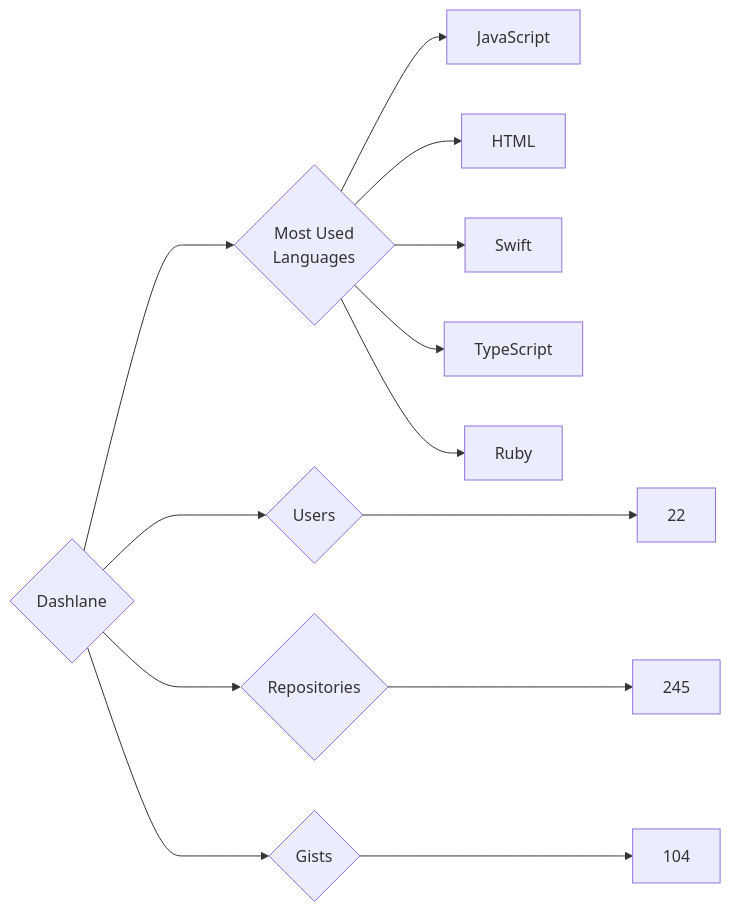
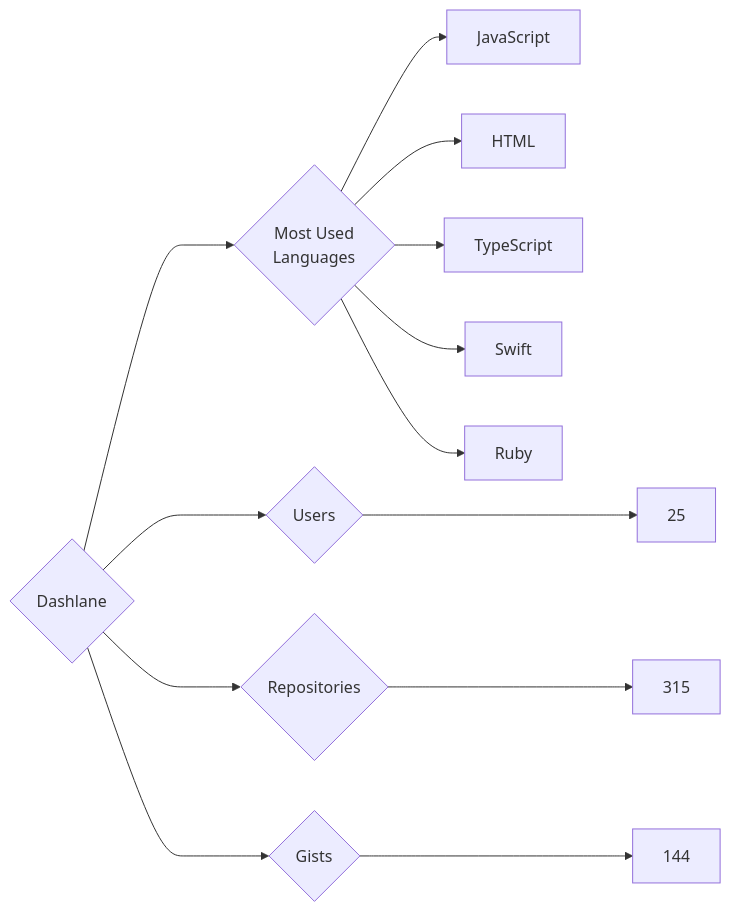
One commit to trickest/insiders changed the diagram in targets/Dashlane/README.md. Above: the diagram before and after it, drawn with Mermaid. The commit also changed 888 other files, not shown here.

````diff
--- a/targets/Dashlane/README.md
+++ b/targets/Dashlane/README.md
@@ -3,13 +3,13 @@
 ```mermaid
 graph LR
 COMPANY_NAME{Dashlane}
-COMPANY_NAME ---> U{Users} ---> UN[22]
-COMPANY_NAME ---> R{Repositories} ---> RN[245]
-COMPANY_NAME ---> G{Gists} ---> GN[104]
+COMPANY_NAME ---> U{Users} ---> UN[25]
+COMPANY_NAME ---> R{Repositories} ---> RN[315]
+COMPANY_NAME ---> G{Gists} ---> GN[144]
 COMPANY_NAME ---> ML{Most Used<br>Languages}
 ML --> JavaScript[JavaScript]
 ML --> HTML[HTML]
+ML --> TypeScript[TypeScript]
 ML --> Swift[Swift]
-ML --> TypeScript[TypeScript]
 ML --> Ruby[Ruby]
 ```
````
